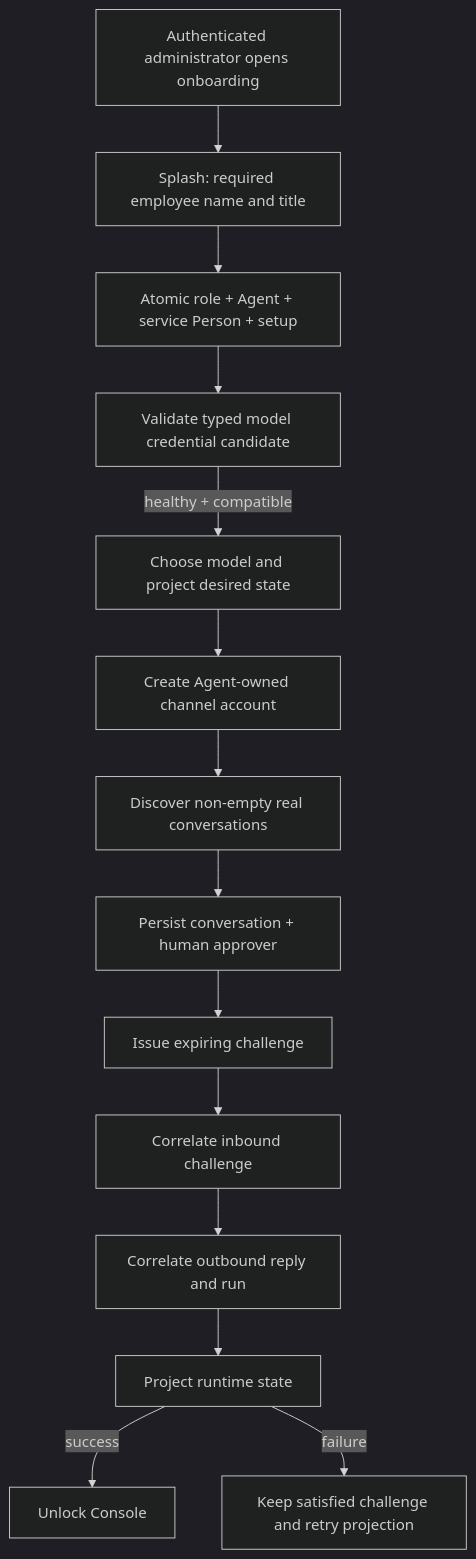
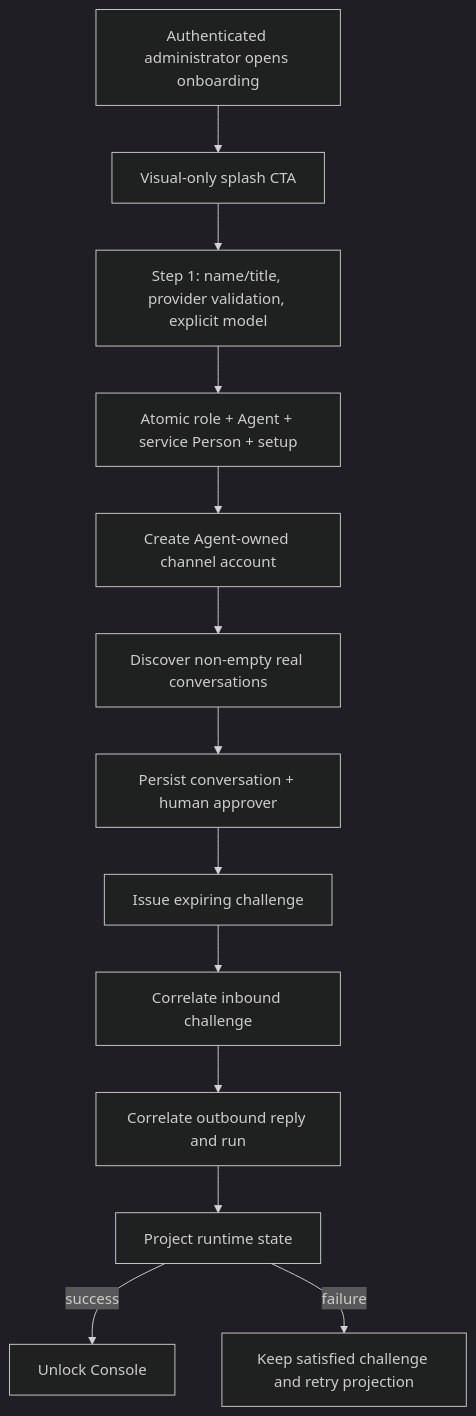
The diagram in .factory/stories/ONBOARDING-V2-1/task-plans/ONBOARDING-V2-1-T1.md (knacklabs/gantry), drawn with Mermaid (dark theme) before and after one commit. The commit also changed other lines of this file and 5 other files, not shown here.

````diff
--- a/.factory/stories/ONBOARDING-V2-1/task-plans/ONBOARDING-V2-1-T1.md
+++ b/.factory/stories/ONBOARDING-V2-1/task-plans/ONBOARDING-V2-1-T1.md
@@ -229,16 +229,15 @@
 ```mermaid
 flowchart TD
-  A[Authenticated administrator opens onboarding] --> B[Splash: required employee name and title]
-  B --> C[Atomic role + Agent + service Person + setup]
-  C --> D[Validate typed model credential candidate]
-  D -->|healthy + compatible| E[Choose model and project desired state]
-  E --> F[Create Agent-owned channel account]
-  F --> G[Discover non-empty real conversations]
-  G --> H[Persist conversation + human approver]
-  H --> I[Issue expiring challenge]
-  I --> J[Correlate inbound challenge]
-  J --> K[Correlate outbound reply and run]
-  K --> L[Project runtime state]
-  L -->|success| M[Unlock Console]
-  L -->|failure| N[Keep satisfied challenge and retry projection]
+  A[Authenticated administrator opens onboarding] --> B[Visual-only splash CTA]
+  B --> C[Step 1: name/title, provider validation, explicit model]
+  C --> D[Atomic role + Agent + service Person + setup]
+  D --> E[Create Agent-owned channel account]
+  E --> F[Discover non-empty real conversations]
+  F --> G[Persist conversation + human approver]
+  G --> H[Issue expiring challenge]
+  H --> I[Correlate inbound challenge]
+  I --> J[Correlate outbound reply and run]
+  J --> K[Project runtime state]
+  K -->|success| L[Unlock Console]
+  K -->|failure| M[Keep satisfied challenge and retry projection]
 ```
````
